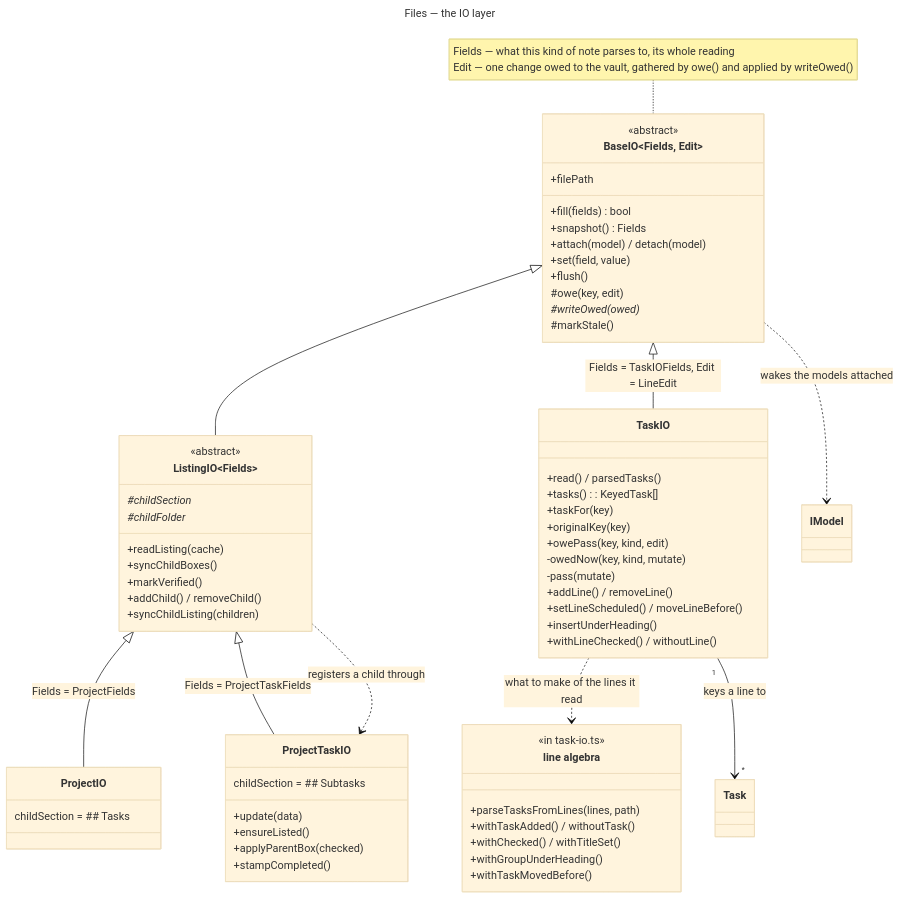
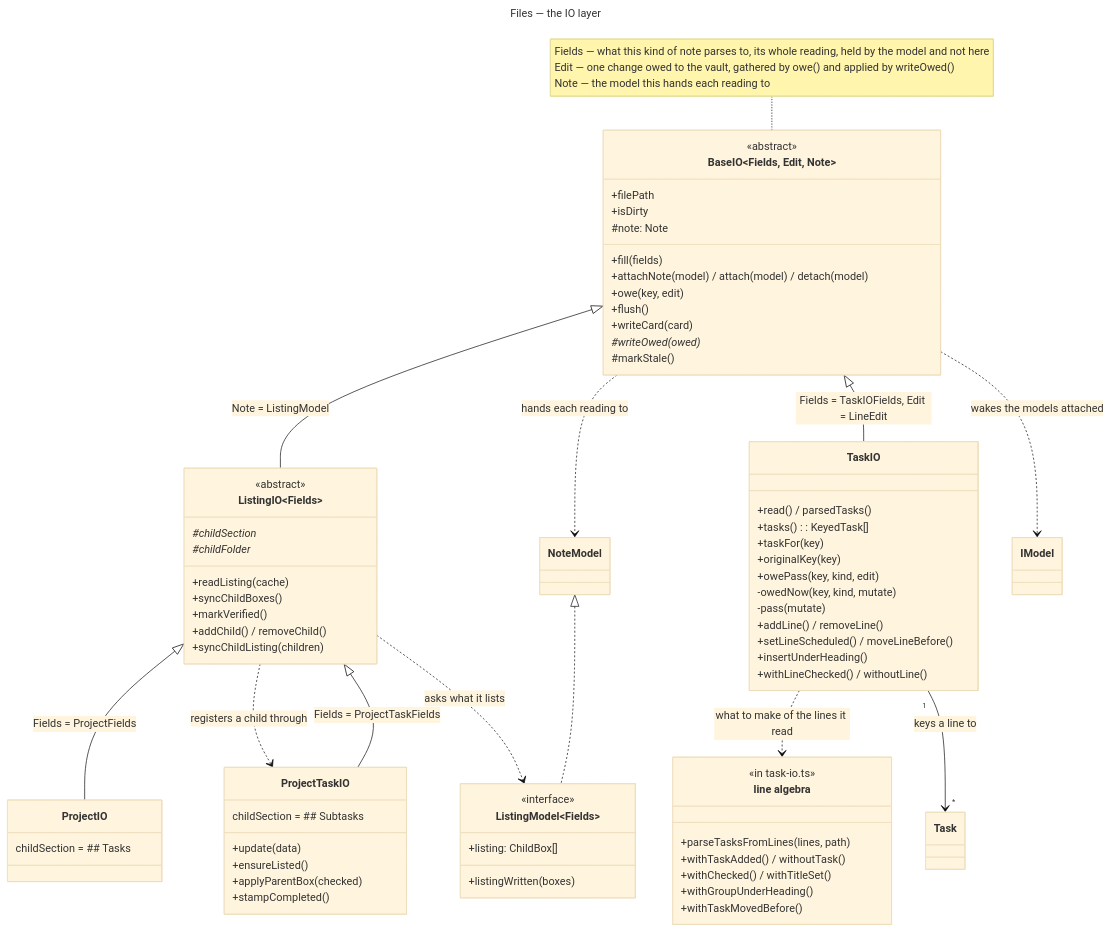
Before and after one commit to Laurent-Ferier/pm-compass: the diagram in docs/technical/diagrams/files.mmd, drawn with Mermaid (base theme). The commit also changed 30 other files, not shown here.

Commit message:
refactor: what a note says is the model's to hold, not the file's

```diff
--- a/docs/technical/diagrams/files.mmd
+++ b/docs/technical/diagrams/files.mmd
@@ -1,76 +1,86 @@
 ---
 title: Files — the IO layer
 ---
 classDiagram
   direction TB
 
-  class BaseIO~Fields, Edit~ {
+  class BaseIO~Fields, Edit, Note~ {
     <<abstract>>
     +filePath
-    +fill(fields) bool
-    +snapshot() Fields
-    +attach(model) / detach(model)
-    +set(field, value)
+    +fill(fields)
+    +attachNote(model) / attach(model) / detach(model)
+    +owe(key, edit)
     +flush()
-    #owe(key, edit)
+    +writeCard(card)
+    +isDirty
+    #note: Note
     #writeOwed(owed)*
     #markStale()
+  }
+
+  class ListingModel~Fields~ {
+    <<interface>>
+    +listing: ChildBox[]
+    +listingWritten(boxes)
   }
 
   class ListingIO~Fields~ {
     <<abstract>>
     +readListing(cache)
     +syncChildBoxes()
     +markVerified()
     +addChild() / removeChild()
     +syncChildListing(children)
     #childSection*
     #childFolder*
   }
 
   class ProjectIO {
     childSection = ## Tasks
   }
 
   class ProjectTaskIO {
     +update(data)
     +ensureListed()
     +applyParentBox(checked)
     +stampCompleted()
     childSection = ## Subtasks
   }
 
   class TaskIO {
     +read() / parsedTasks()
     +tasks(): KeyedTask[]
     +taskFor(key)
     +originalKey(key)
     +owePass(key, kind, edit)
     -owedNow(key, kind, mutate)
     -pass(mutate)
     +addLine() / removeLine()
     +setLineScheduled() / moveLineBefore()
     +insertUnderHeading()
     +withLineChecked() / withoutLine()
   }
 
   class lineAlgebra["line algebra"] {
     <<in task-io.ts>>
     +parseTasksFromLines(lines, path)
     +withTaskAdded() / withoutTask()
     +withChecked() / withTitleSet()
     +withGroupUnderHeading()
     +withTaskMovedBefore()
   }
 
-  note for BaseIO "Fields — what this kind of note parses to, its whole reading<br/>Edit — one change owed to the vault, gathered by owe() and applied by writeOwed()"
+  note for BaseIO "Fields — what this kind of note parses to, its whole reading, held by the model and not here<br/>Edit — one change owed to the vault, gathered by owe() and applied by writeOwed()<br/>Note — the model this hands each reading to"
 
-  BaseIO <|-- ListingIO
+  BaseIO <|-- ListingIO : Note = ListingModel
   BaseIO <|-- TaskIO : Fields = TaskIOFields, Edit = LineEdit
   ListingIO <|-- ProjectIO : Fields = ProjectFields
   ListingIO <|-- ProjectTaskIO : Fields = ProjectTaskFields
 
+  BaseIO ..> NoteModel : hands each reading to
   BaseIO ..> IModel : wakes the models attached
+  NoteModel <|.. ListingModel
+  ListingIO ..> ListingModel : asks what it lists
   ListingIO ..> ProjectTaskIO : registers a child through
   TaskIO ..> lineAlgebra : what to make of the lines it read
   TaskIO "1" --> "*" Task : keys a line to
```
